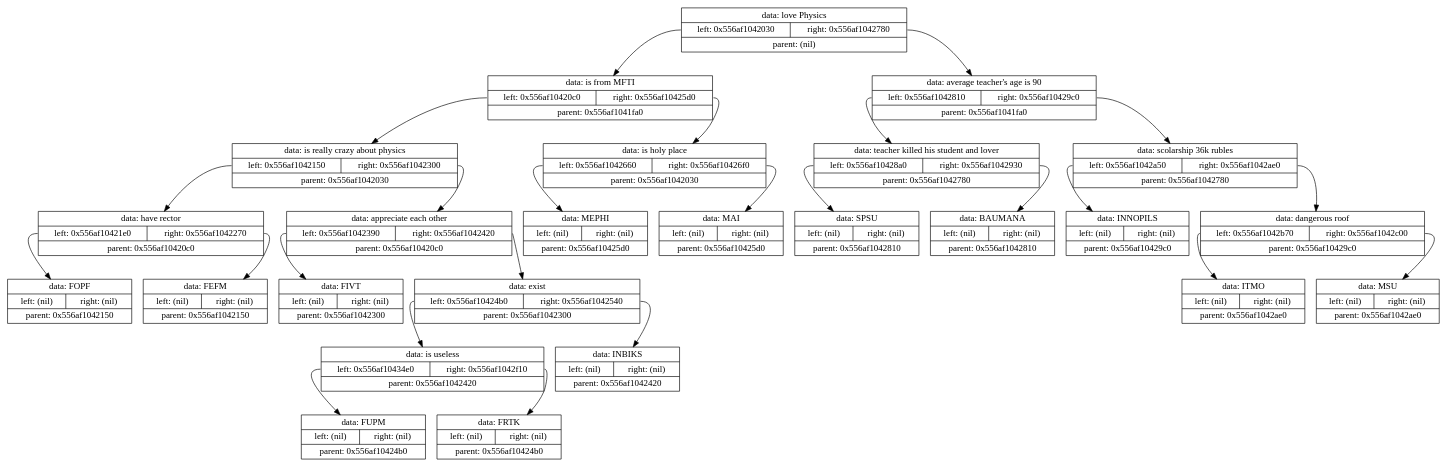
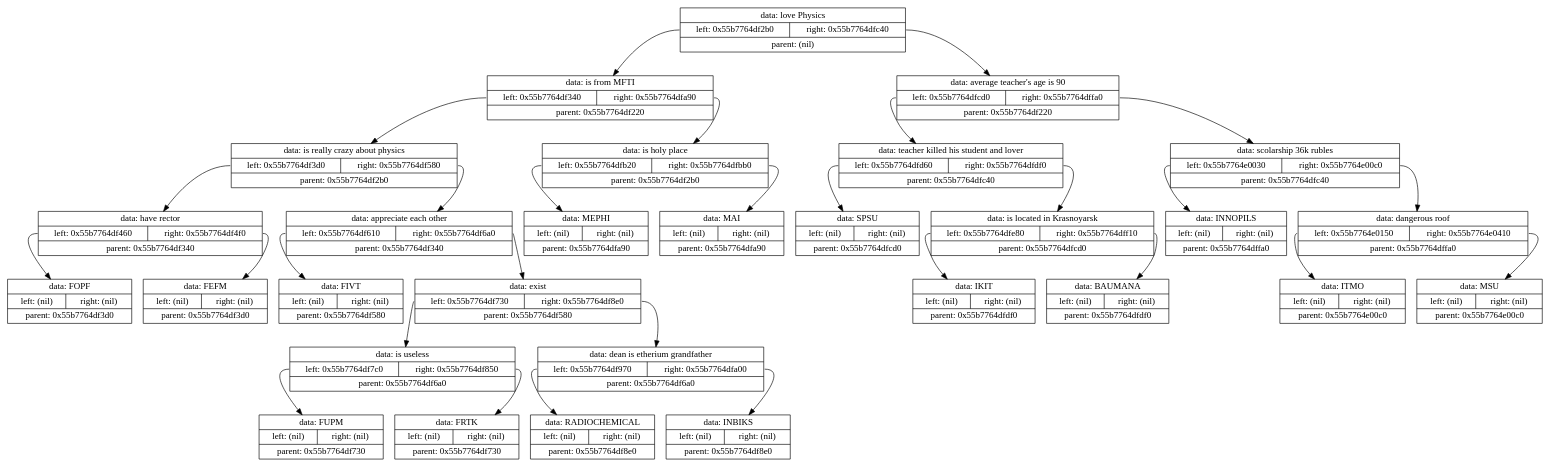
Before and after one commit to Shishqa/MIPT_1sem_C_lang: the diagram in Projects/7.Akinator/tmp/tempautogeneratedlog.gv, drawn with Graphviz. The commit also changed 9 other files, not shown here.

```diff
--- a/Projects/7.Akinator/tmp/tempautogeneratedlog.gv
+++ b/Projects/7.Akinator/tmp/tempautogeneratedlog.gv
@@ -1,53 +1,61 @@
 digraph dump
 {
-	node0x556af1041fa0 [shape = "record", label = "{<f1>data: love Physics|{<f2>left: 0x556af1042030|<f3>right: 0x556af1042780}|<f4>parent: (nil)}"];
-	node0x556af1042030 [shape = "record", label = "{<f1>data: is from MFTI|{<f2>left: 0x556af10420c0|<f3>right: 0x556af10425d0}|<f4>parent: 0x556af1041fa0}"];
-	node0x556af10420c0 [shape = "record", label = "{<f1>data: is really crazy about physics|{<f2>left: 0x556af1042150|<f3>right: 0x556af1042300}|<f4>parent: 0x556af1042030}"];
-	node0x556af1042150 [shape = "record", label = "{<f1>data: have rector|{<f2>left: 0x556af10421e0|<f3>right: 0x556af1042270}|<f4>parent: 0x556af10420c0}"];
-	node0x556af10421e0 [shape = "record", label = "{<f1>data: FOPF|{<f2>left: (nil)|<f3>right: (nil)}|<f4>parent: 0x556af1042150}"];
-	node0x556af1042150:f2 -> node0x556af10421e0
-	node0x556af1042270 [shape = "record", label = "{<f1>data: FEFM|{<f2>left: (nil)|<f3>right: (nil)}|<f4>parent: 0x556af1042150}"];
-	node0x556af1042150:f3 -> node0x556af1042270
-	node0x556af10420c0:f2 -> node0x556af1042150
-	node0x556af1042300 [shape = "record", label = "{<f1>data: appreciate each other|{<f2>left: 0x556af1042390|<f3>right: 0x556af1042420}|<f4>parent: 0x556af10420c0}"];
-	node0x556af1042390 [shape = "record", label = "{<f1>data: FIVT|{<f2>left: (nil)|<f3>right: (nil)}|<f4>parent: 0x556af1042300}"];
-	node0x556af1042300:f2 -> node0x556af1042390
-	node0x556af1042420 [shape = "record", label = "{<f1>data: exist|{<f2>left: 0x556af10424b0|<f3>right: 0x556af1042540}|<f4>parent: 0x556af1042300}"];
-	node0x556af10424b0 [shape = "record", label = "{<f1>data: is useless|{<f2>left: 0x556af10434e0|<f3>right: 0x556af1042f10}|<f4>parent: 0x556af1042420}"];
-	node0x556af10434e0 [shape = "record", label = "{<f1>data: FUPM|{<f2>left: (nil)|<f3>right: (nil)}|<f4>parent: 0x556af10424b0}"];
-	node0x556af10424b0:f2 -> node0x556af10434e0
-	node0x556af1042f10 [shape = "record", label = "{<f1>data: FRTK|{<f2>left: (nil)|<f3>right: (nil)}|<f4>parent: 0x556af10424b0}"];
-	node0x556af10424b0:f3 -> node0x556af1042f10
-	node0x556af1042420:f2 -> node0x556af10424b0
-	node0x556af1042540 [shape = "record", label = "{<f1>data: INBIKS|{<f2>left: (nil)|<f3>right: (nil)}|<f4>parent: 0x556af1042420}"];
-	node0x556af1042420:f3 -> node0x556af1042540
-	node0x556af1042300:f3 -> node0x556af1042420
-	node0x556af10420c0:f3 -> node0x556af1042300
-	node0x556af1042030:f2 -> node0x556af10420c0
-	node0x556af10425d0 [shape = "record", label = "{<f1>data: is holy place|{<f2>left: 0x556af1042660|<f3>right: 0x556af10426f0}|<f4>parent: 0x556af1042030}"];
-	node0x556af1042660 [shape = "record", label = "{<f1>data: MEPHI|{<f2>left: (nil)|<f3>right: (nil)}|<f4>parent: 0x556af10425d0}"];
-	node0x556af10425d0:f2 -> node0x556af1042660
-	node0x556af10426f0 [shape = "record", label = "{<f1>data: MAI|{<f2>left: (nil)|<f3>right: (nil)}|<f4>parent: 0x556af10425d0}"];
-	node0x556af10425d0:f3 -> node0x556af10426f0
-	node0x556af1042030:f3 -> node0x556af10425d0
-	node0x556af1041fa0:f2 -> node0x556af1042030
-	node0x556af1042780 [shape = "record", label = "{<f1>data: average teacher's age is 90|{<f2>left: 0x556af1042810|<f3>right: 0x556af10429c0}|<f4>parent: 0x556af1041fa0}"];
-	node0x556af1042810 [shape = "record", label = "{<f1>data: teacher killed his student and lover|{<f2>left: 0x556af10428a0|<f3>right: 0x556af1042930}|<f4>parent: 0x556af1042780}"];
-	node0x556af10428a0 [shape = "record", label = "{<f1>data: SPSU|{<f2>left: (nil)|<f3>right: (nil)}|<f4>parent: 0x556af1042810}"];
-	node0x556af1042810:f2 -> node0x556af10428a0
-	node0x556af1042930 [shape = "record", label = "{<f1>data: BAUMANA|{<f2>left: (nil)|<f3>right: (nil)}|<f4>parent: 0x556af1042810}"];
-	node0x556af1042810:f3 -> node0x556af1042930
-	node0x556af1042780:f2 -> node0x556af1042810
-	node0x556af10429c0 [shape = "record", label = "{<f1>data: scolarship 36k rubles|{<f2>left: 0x556af1042a50|<f3>right: 0x556af1042ae0}|<f4>parent: 0x556af1042780}"];
-	node0x556af1042a50 [shape = "record", label = "{<f1>data: INNOPILS|{<f2>left: (nil)|<f3>right: (nil)}|<f4>parent: 0x556af10429c0}"];
-	node0x556af10429c0:f2 -> node0x556af1042a50
-	node0x556af1042ae0 [shape = "record", label = "{<f1>data: dangerous roof|{<f2>left: 0x556af1042b70|<f3>right: 0x556af1042c00}|<f4>parent: 0x556af10429c0}"];
-	node0x556af1042b70 [shape = "record", label = "{<f1>data: ITMO|{<f2>left: (nil)|<f3>right: (nil)}|<f4>parent: 0x556af1042ae0}"];
-	node0x556af1042ae0:f2 -> node0x556af1042b70
-	node0x556af1042c00 [shape = "record", label = "{<f1>data: MSU|{<f2>left: (nil)|<f3>right: (nil)}|<f4>parent: 0x556af1042ae0}"];
-	node0x556af1042ae0:f3 -> node0x556af1042c00
-	node0x556af10429c0:f3 -> node0x556af1042ae0
-	node0x556af1042780:f3 -> node0x556af10429c0
-	node0x556af1041fa0:f3 -> node0x556af1042780
+	node0x55b7764df220 [shape = "record", label = "{<f1>data: love Physics|{<f2>left: 0x55b7764df2b0|<f3>right: 0x55b7764dfc40}|<f4>parent: (nil)}"];
+	node0x55b7764df2b0 [shape = "record", label = "{<f1>data: is from MFTI|{<f2>left: 0x55b7764df340|<f3>right: 0x55b7764dfa90}|<f4>parent: 0x55b7764df220}"];
+	node0x55b7764df340 [shape = "record", label = "{<f1>data: is really crazy about physics|{<f2>left: 0x55b7764df3d0|<f3>right: 0x55b7764df580}|<f4>parent: 0x55b7764df2b0}"];
+	node0x55b7764df3d0 [shape = "record", label = "{<f1>data: have rector|{<f2>left: 0x55b7764df460|<f3>right: 0x55b7764df4f0}|<f4>parent: 0x55b7764df340}"];
+	node0x55b7764df460 [shape = "record", label = "{<f1>data: FOPF|{<f2>left: (nil)|<f3>right: (nil)}|<f4>parent: 0x55b7764df3d0}"];
+	node0x55b7764df3d0:f2 -> node0x55b7764df460
+	node0x55b7764df4f0 [shape = "record", label = "{<f1>data: FEFM|{<f2>left: (nil)|<f3>right: (nil)}|<f4>parent: 0x55b7764df3d0}"];
+	node0x55b7764df3d0:f3 -> node0x55b7764df4f0
+	node0x55b7764df340:f2 -> node0x55b7764df3d0
+	node0x55b7764df580 [shape = "record", label = "{<f1>data: appreciate each other|{<f2>left: 0x55b7764df610|<f3>right: 0x55b7764df6a0}|<f4>parent: 0x55b7764df340}"];
+	node0x55b7764df610 [shape = "record", label = "{<f1>data: FIVT|{<f2>left: (nil)|<f3>right: (nil)}|<f4>parent: 0x55b7764df580}"];
+	node0x55b7764df580:f2 -> node0x55b7764df610
+	node0x55b7764df6a0 [shape = "record", label = "{<f1>data: exist|{<f2>left: 0x55b7764df730|<f3>right: 0x55b7764df8e0}|<f4>parent: 0x55b7764df580}"];
+	node0x55b7764df730 [shape = "record", label = "{<f1>data: is useless|{<f2>left: 0x55b7764df7c0|<f3>right: 0x55b7764df850}|<f4>parent: 0x55b7764df6a0}"];
+	node0x55b7764df7c0 [shape = "record", label = "{<f1>data: FUPM|{<f2>left: (nil)|<f3>right: (nil)}|<f4>parent: 0x55b7764df730}"];
+	node0x55b7764df730:f2 -> node0x55b7764df7c0
+	node0x55b7764df850 [shape = "record", label = "{<f1>data: FRTK|{<f2>left: (nil)|<f3>right: (nil)}|<f4>parent: 0x55b7764df730}"];
+	node0x55b7764df730:f3 -> node0x55b7764df850
+	node0x55b7764df6a0:f2 -> node0x55b7764df730
+	node0x55b7764df8e0 [shape = "record", label = "{<f1>data: dean is etherium grandfather|{<f2>left: 0x55b7764df970|<f3>right: 0x55b7764dfa00}|<f4>parent: 0x55b7764df6a0}"];
+	node0x55b7764df970 [shape = "record", label = "{<f1>data: RADIOCHEMICAL|{<f2>left: (nil)|<f3>right: (nil)}|<f4>parent: 0x55b7764df8e0}"];
+	node0x55b7764df8e0:f2 -> node0x55b7764df970
+	node0x55b7764dfa00 [shape = "record", label = "{<f1>data: INBIKS|{<f2>left: (nil)|<f3>right: (nil)}|<f4>parent: 0x55b7764df8e0}"];
+	node0x55b7764df8e0:f3 -> node0x55b7764dfa00
+	node0x55b7764df6a0:f3 -> node0x55b7764df8e0
+	node0x55b7764df580:f3 -> node0x55b7764df6a0
+	node0x55b7764df340:f3 -> node0x55b7764df580
+	node0x55b7764df2b0:f2 -> node0x55b7764df340
+	node0x55b7764dfa90 [shape = "record", label = "{<f1>data: is holy place|{<f2>left: 0x55b7764dfb20|<f3>right: 0x55b7764dfbb0}|<f4>parent: 0x55b7764df2b0}"];
+	node0x55b7764dfb20 [shape = "record", label = "{<f1>data: MEPHI|{<f2>left: (nil)|<f3>right: (nil)}|<f4>parent: 0x55b7764dfa90}"];
+	node0x55b7764dfa90:f2 -> node0x55b7764dfb20
+	node0x55b7764dfbb0 [shape = "record", label = "{<f1>data: MAI|{<f2>left: (nil)|<f3>right: (nil)}|<f4>parent: 0x55b7764dfa90}"];
+	node0x55b7764dfa90:f3 -> node0x55b7764dfbb0
+	node0x55b7764df2b0:f3 -> node0x55b7764dfa90
+	node0x55b7764df220:f2 -> node0x55b7764df2b0
+	node0x55b7764dfc40 [shape = "record", label = "{<f1>data: average teacher's age is 90|{<f2>left: 0x55b7764dfcd0|<f3>right: 0x55b7764dffa0}|<f4>parent: 0x55b7764df220}"];
+	node0x55b7764dfcd0 [shape = "record", label = "{<f1>data: teacher killed his student and lover|{<f2>left: 0x55b7764dfd60|<f3>right: 0x55b7764dfdf0}|<f4>parent: 0x55b7764dfc40}"];
+	node0x55b7764dfd60 [shape = "record", label = "{<f1>data: SPSU|{<f2>left: (nil)|<f3>right: (nil)}|<f4>parent: 0x55b7764dfcd0}"];
+	node0x55b7764dfcd0:f2 -> node0x55b7764dfd60
+	node0x55b7764dfdf0 [shape = "record", label = "{<f1>data: is located in Krasnoyarsk|{<f2>left: 0x55b7764dfe80|<f3>right: 0x55b7764dff10}|<f4>parent: 0x55b7764dfcd0}"];
+	node0x55b7764dfe80 [shape = "record", label = "{<f1>data: IKIT|{<f2>left: (nil)|<f3>right: (nil)}|<f4>parent: 0x55b7764dfdf0}"];
+	node0x55b7764dfdf0:f2 -> node0x55b7764dfe80
+	node0x55b7764dff10 [shape = "record", label = "{<f1>data: BAUMANA|{<f2>left: (nil)|<f3>right: (nil)}|<f4>parent: 0x55b7764dfdf0}"];
+	node0x55b7764dfdf0:f3 -> node0x55b7764dff10
+	node0x55b7764dfcd0:f3 -> node0x55b7764dfdf0
+	node0x55b7764dfc40:f2 -> node0x55b7764dfcd0
+	node0x55b7764dffa0 [shape = "record", label = "{<f1>data: scolarship 36k rubles|{<f2>left: 0x55b7764e0030|<f3>right: 0x55b7764e00c0}|<f4>parent: 0x55b7764dfc40}"];
+	node0x55b7764e0030 [shape = "record", label = "{<f1>data: INNOPILS|{<f2>left: (nil)|<f3>right: (nil)}|<f4>parent: 0x55b7764dffa0}"];
+	node0x55b7764dffa0:f2 -> node0x55b7764e0030
+	node0x55b7764e00c0 [shape = "record", label = "{<f1>data: dangerous roof|{<f2>left: 0x55b7764e0150|<f3>right: 0x55b7764e0410}|<f4>parent: 0x55b7764dffa0}"];
+	node0x55b7764e0150 [shape = "record", label = "{<f1>data: ITMO|{<f2>left: (nil)|<f3>right: (nil)}|<f4>parent: 0x55b7764e00c0}"];
+	node0x55b7764e00c0:f2 -> node0x55b7764e0150
+	node0x55b7764e0410 [shape = "record", label = "{<f1>data: MSU|{<f2>left: (nil)|<f3>right: (nil)}|<f4>parent: 0x55b7764e00c0}"];
+	node0x55b7764e00c0:f3 -> node0x55b7764e0410
+	node0x55b7764dffa0:f3 -> node0x55b7764e00c0
+	node0x55b7764dfc40:f3 -> node0x55b7764dffa0
+	node0x55b7764df220:f3 -> node0x55b7764dfc40
 
 }
```
